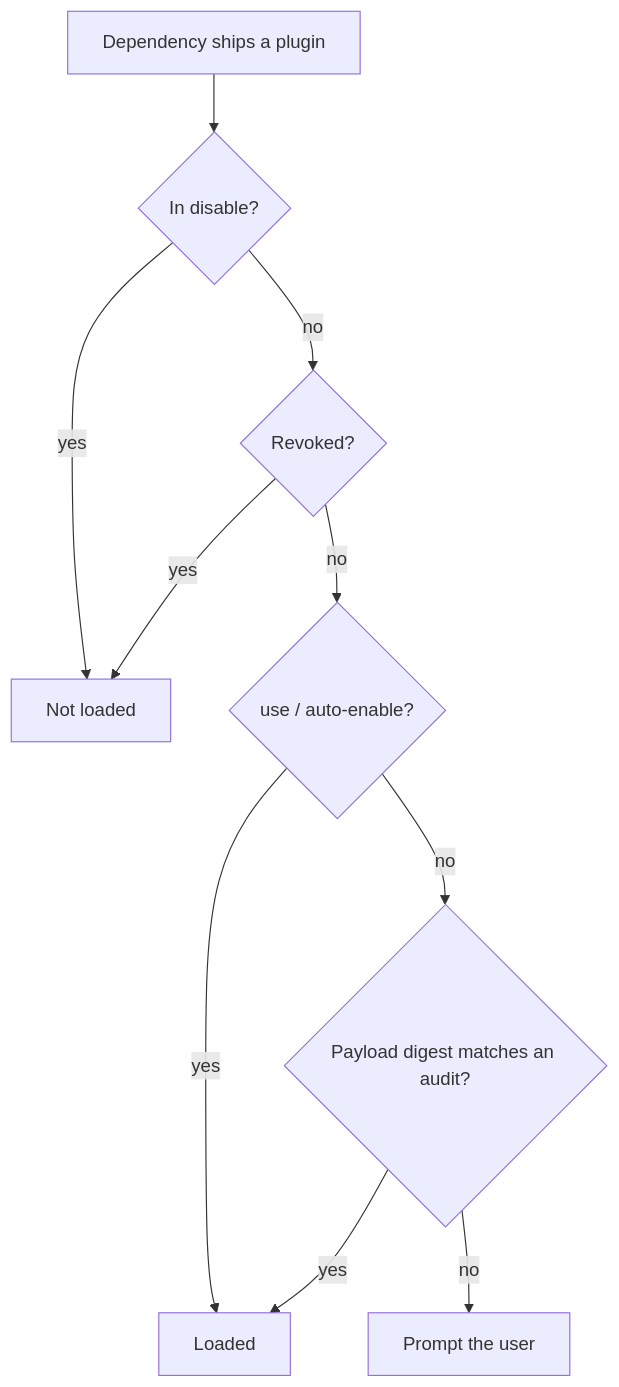
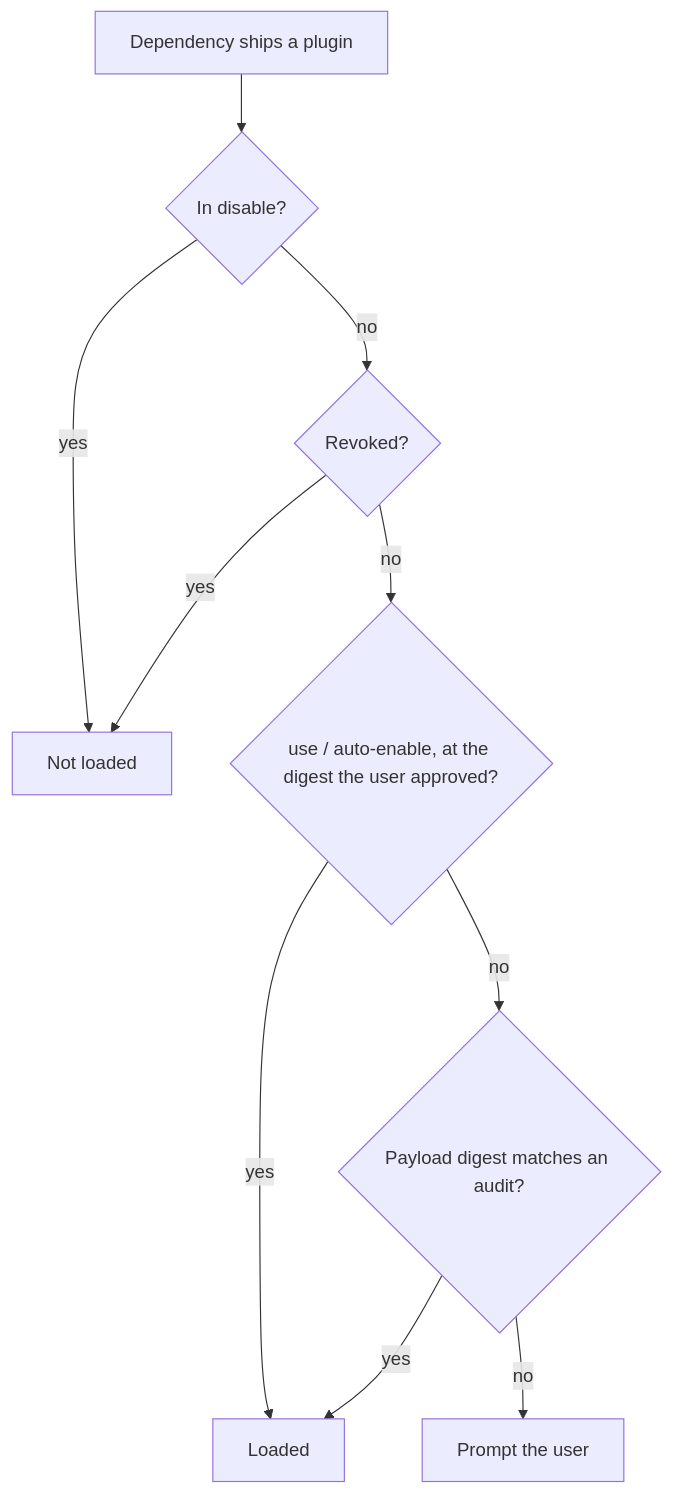
One commit to emiperez95/symposium changed the first of 2 diagrams in md/rfds/automated-plugin-audits/README.md. Above: the diagram before and after it, drawn with Mermaid. The commit also changed other lines of this file, not shown here.

First line of the commit message:
rfd: digest-bound consent; audit every file in a skill directory

````diff
--- a/md/rfds/automated-plugin-audits/README.md
+++ b/md/rfds/automated-plugin-audits/README.md
@@ -37,12 +37,12 @@
 ```mermaid
 flowchart TD
     A[Dependency ships a plugin] --> B{In disable?}
     B -- yes --> X[Not loaded]
     B -- no --> C{Revoked?}
     C -- yes --> X
-    C -- no --> D{use / auto-enable?}
+    C -- no --> D{use / auto-enable, at the digest the user approved?}
     D -- yes --> L[Loaded]
     D -- no --> E{Payload digest matches an audit?}
     E -- yes --> L
     E -- no --> P[Prompt the user]
 ```
````
